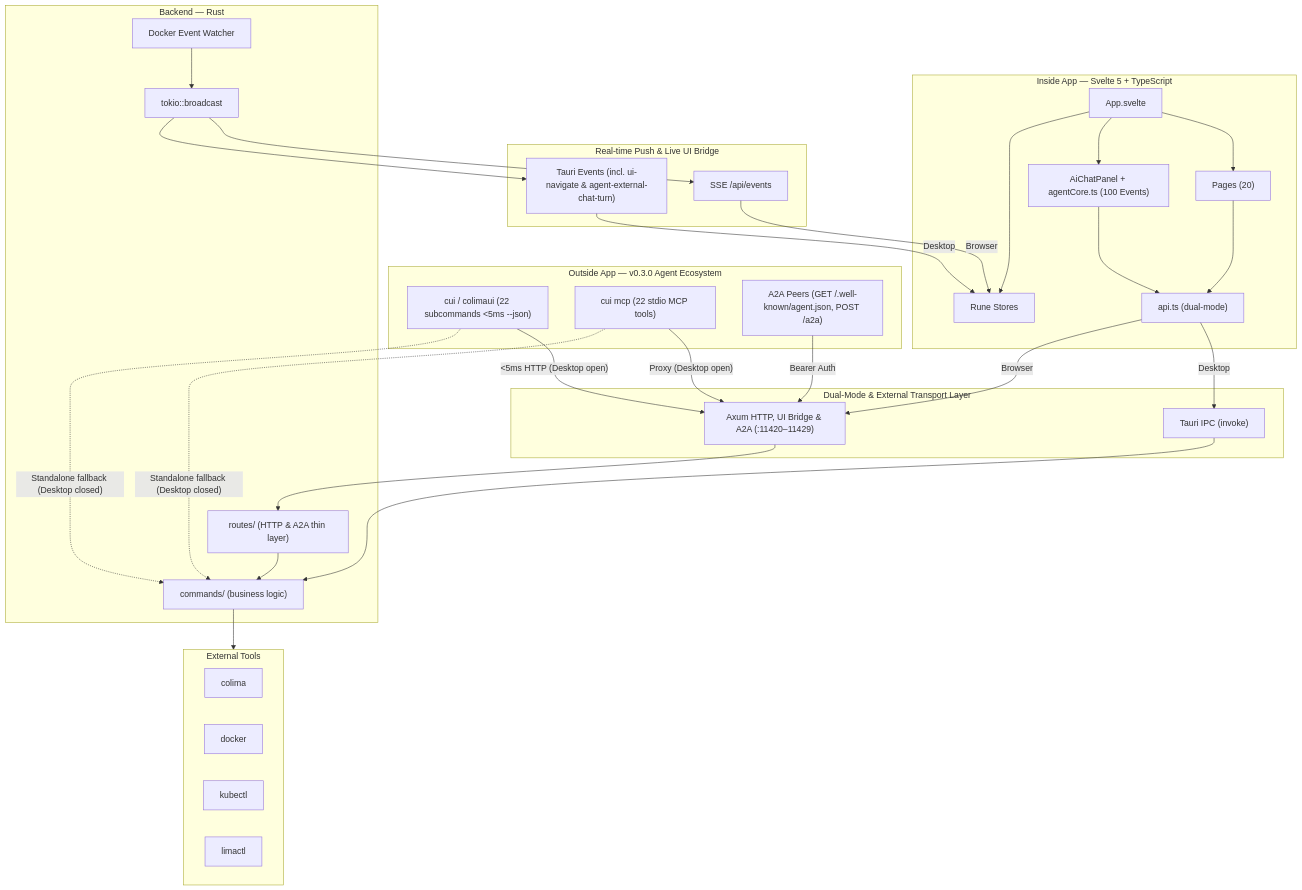
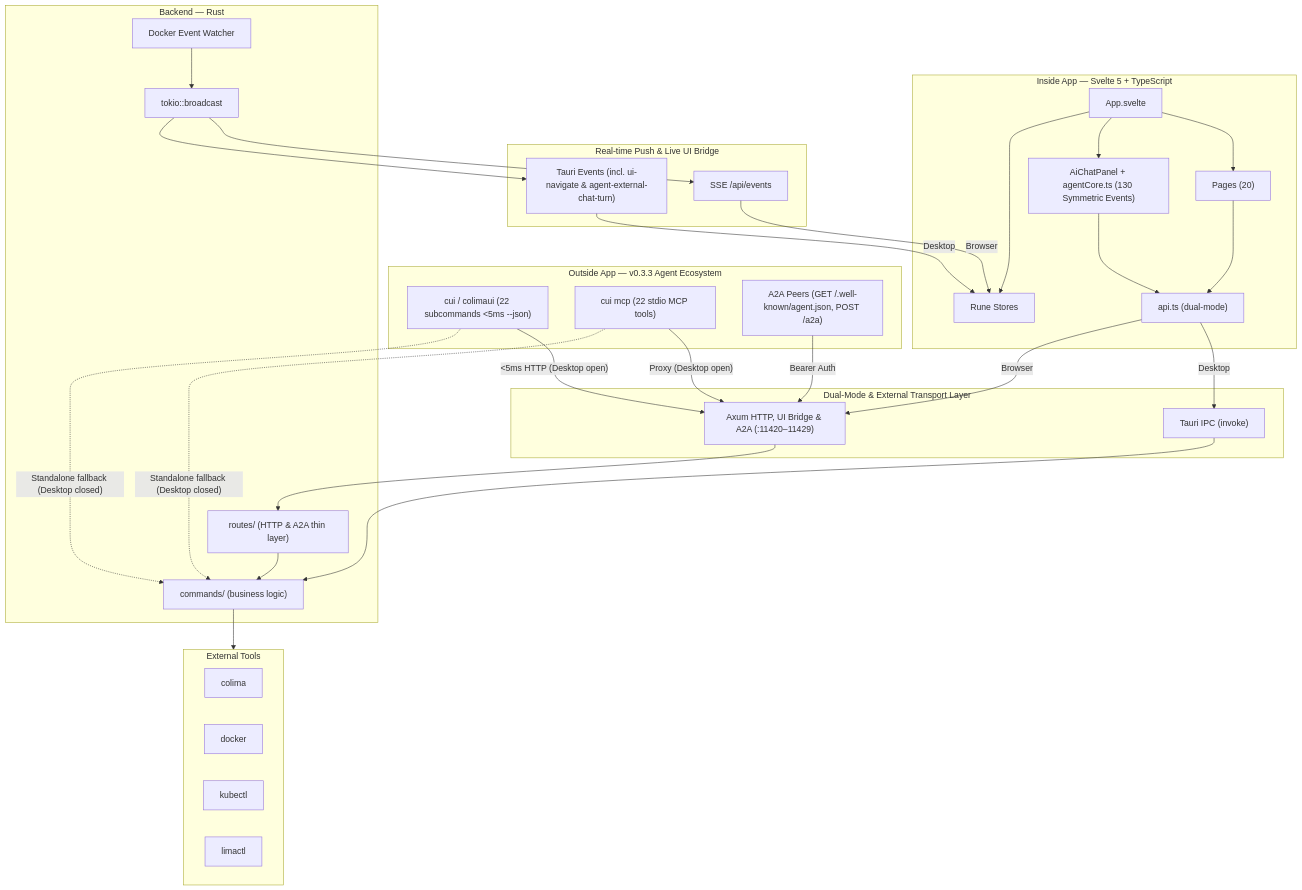
The diagram in docs/architecture.md (vnknowledge2014/colima-ui), drawn with Mermaid before and after one commit. The commit also changed other lines of this file and 34 other files, not shown here.

````diff
--- a/docs/architecture.md
+++ b/docs/architecture.md
@@ -7,63 +7,63 @@
 ```mermaid
 graph TD
     subgraph Frontend["Inside App — Svelte 5 + TypeScript"]
         APP["App.svelte"]
         PAGES["Pages (20)"]
-        PANEL["AiChatPanel + agentCore.ts (100 Events)"]
+        PANEL["AiChatPanel + agentCore.ts (130 Symmetric Events)"]
         STORE["Rune Stores"]
         API["api.ts (dual-mode)"]
     end
 
-    subgraph Outside["Outside App — v0.3.0 Agent Ecosystem"]
+    subgraph Outside["Outside App — v0.3.3 Agent Ecosystem"]
         CUI["cui / colimaui (22 subcommands <5ms --json)"]
         MCP["cui mcp (22 stdio MCP tools)"]
         A2A["A2A Peers (GET /.well-known/agent.json, POST /a2a)"]
     end
 
     APP --> PAGES --> API
     APP --> PANEL --> API
     APP --> STORE
 
     subgraph Dual["Dual-Mode & External Transport Layer"]
         TAURI_IPC["Tauri IPC (invoke)"]
         HTTP["Axum HTTP, UI Bridge & A2A (:11420–11429)"]
     end
 
     API -->|"Desktop"| TAURI_IPC
     API -->|"Browser"| HTTP
     CUI -->|"<5ms HTTP (Desktop open)"| HTTP
     MCP -->|"Proxy (Desktop open)"| HTTP
     A2A -->|"Bearer Auth"| HTTP
 
     subgraph Events["Real-time Push & Live UI Bridge"]
         TAURI_EVT["Tauri Events (incl. ui-navigate & agent-external-chat-turn)"]
         SSE["SSE /api/events"]
     end
 
     TAURI_EVT -->|"Desktop"| STORE
     SSE -->|"Browser"| STORE
 
     subgraph Backend["Backend — Rust"]
         CMD["commands/ (business logic)"]
         ROUTES["routes/ (HTTP & A2A thin layer)"]
         BROADCAST["tokio::broadcast"]
         WATCHER["Docker Event Watcher"]
     end
 
     TAURI_IPC --> CMD
     HTTP --> ROUTES --> CMD
     CUI -.->|"Standalone fallback (Desktop closed)"| CMD
     MCP -.->|"Standalone fallback (Desktop closed)"| CMD
     WATCHER --> BROADCAST
     BROADCAST --> SSE
     BROADCAST --> TAURI_EVT
 
     subgraph CLI["External Tools"]
         COLIMA["colima"]
         DOCKER["docker"]
         KUBECTL["kubectl"]
         LIMACTL["limactl"]
     end
 
     CMD --> CLI
 ```
````
